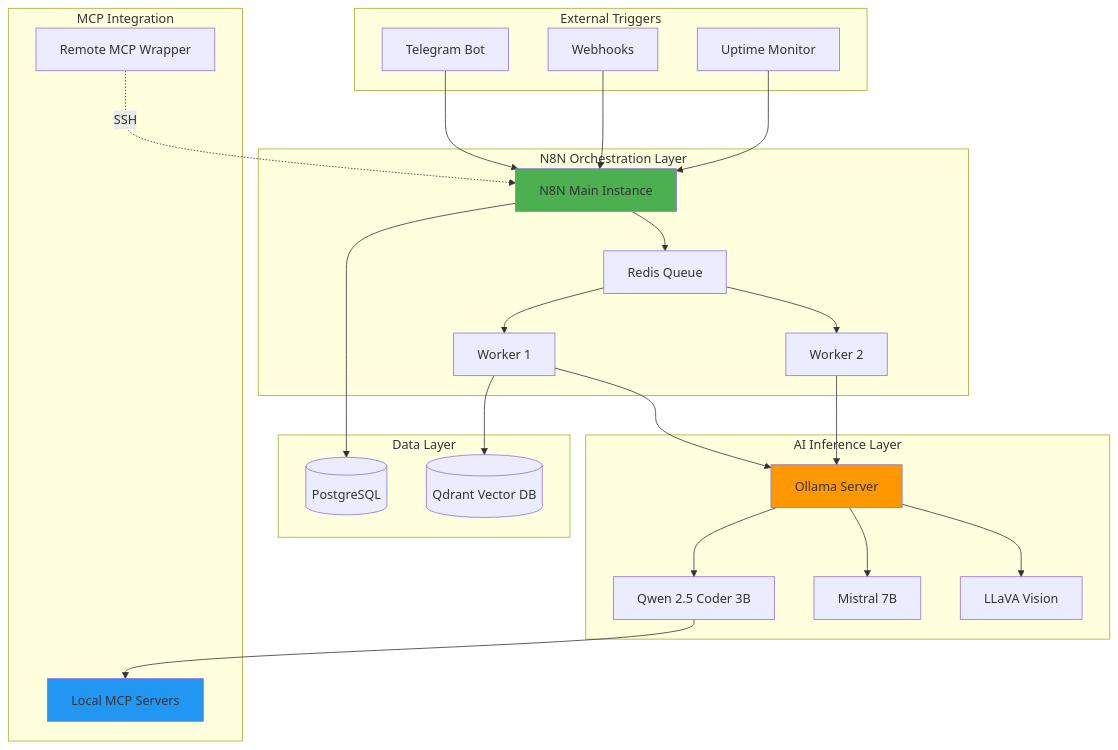
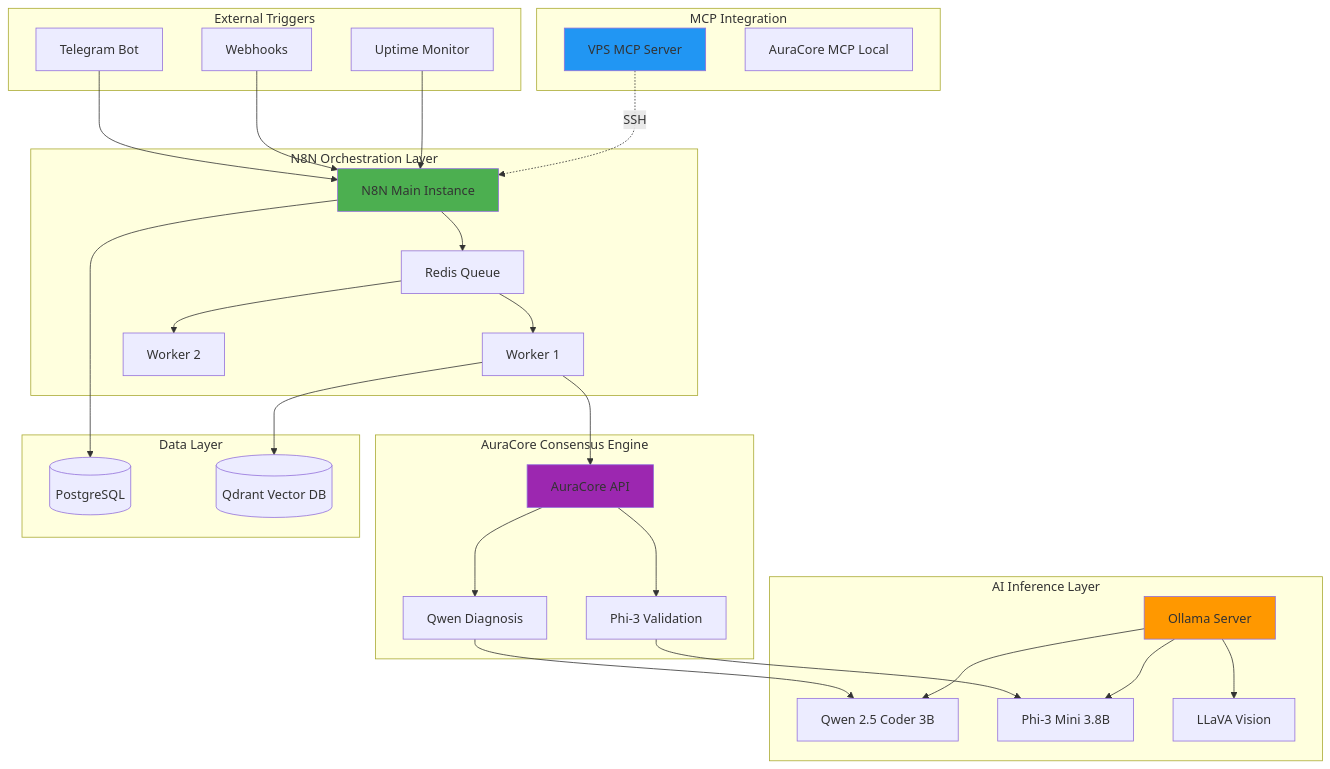
The diagram in README.md (AuraStackAI-Agency/VPS-debian), drawn with Mermaid before and after one commit. The commit also changed other lines of this file, not shown here.

Commit message:
docs: update README with Phi-3 model and AuraCore consensus engine

````diff
--- a/README.md
+++ b/README.md
@@ -35,56 +35,66 @@
 ```mermaid
 graph TB
     subgraph "External Triggers"
         TG[Telegram Bot]
         WH[Webhooks]
         MON[Uptime Monitor]
     end
     
     subgraph "N8N Orchestration Layer"
         N8N_MAIN[N8N Main Instance]
         N8N_W1[Worker 1]
         N8N_W2[Worker 2]
         REDIS[Redis Queue]
     end
     
     subgraph "AI Inference Layer"
         OLLAMA[Ollama Server]
         QWEN[Qwen 2.5 Coder 3B]
-        MISTRAL[Mistral 7B]
+        PHI3[Phi-3 Mini 3.8B]
         LLAVA[LLaVA Vision]
+    end
+    
+    subgraph "AuraCore Consensus Engine"
+        AURACORE[AuraCore API]
+        DIAGNOSIS[Qwen Diagnosis]
+        VALIDATION[Phi-3 Validation]
     end
     
     subgraph "Data Layer"
         PG[(PostgreSQL)]
         QDRANT[(Qdrant Vector DB)]
     end
     
     subgraph "MCP Integration"
-        MCP_LOCAL[Local MCP Servers]
-        MCP_REMOTE[Remote MCP Wrapper]
+        MCP_VPS[VPS MCP Server]
+        MCP_LOCAL[AuraCore MCP Local]
     end
     
     TG --> N8N_MAIN
     WH --> N8N_MAIN
     MON --> N8N_MAIN
     
     N8N_MAIN --> REDIS
     REDIS --> N8N_W1
     REDIS --> N8N_W2
     
-    N8N_W1 --> OLLAMA
-    N8N_W2 --> OLLAMA
+    N8N_W1 --> AURACORE
+    AURACORE --> DIAGNOSIS
+    AURACORE --> VALIDATION
+    DIAGNOSIS --> QWEN
+    VALIDATION --> PHI3
+    
+    OLLAMA --> QWEN
+    OLLAMA --> PHI3
+    OLLAMA --> LLAVA
+    
     N8N_MAIN --> PG
     N8N_W1 --> QDRANT
     
-    OLLAMA --> QWEN
-    OLLAMA --> MISTRAL
-    OLLAMA --> LLAVA
-    
-    QWEN --> MCP_LOCAL
-    MCP_REMOTE -.SSH.-> N8N_MAIN
+    MCP_VPS -.SSH.-> N8N_MAIN
     
     style N8N_MAIN fill:#4CAF50
     style OLLAMA fill:#FF9800
-    style MCP_LOCAL fill:#2196F3
+    style AURACORE fill:#9C27B0
+    style MCP_VPS fill:#2196F3
 ```
````
